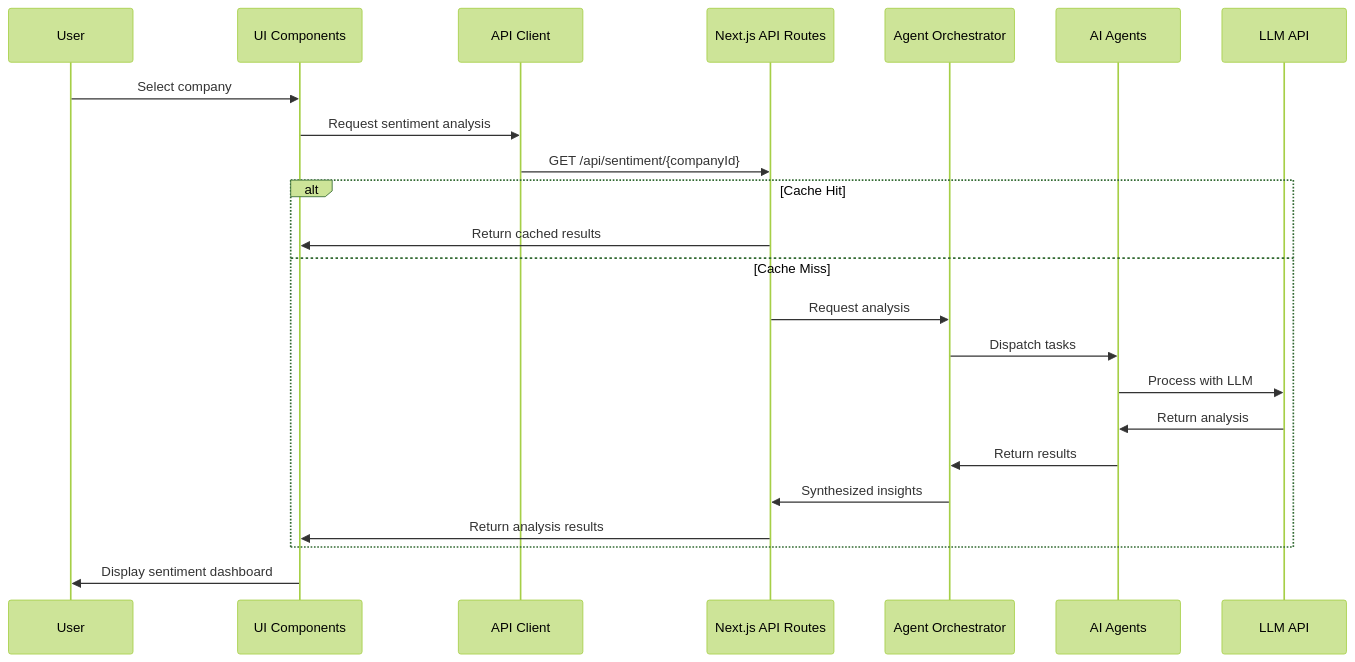
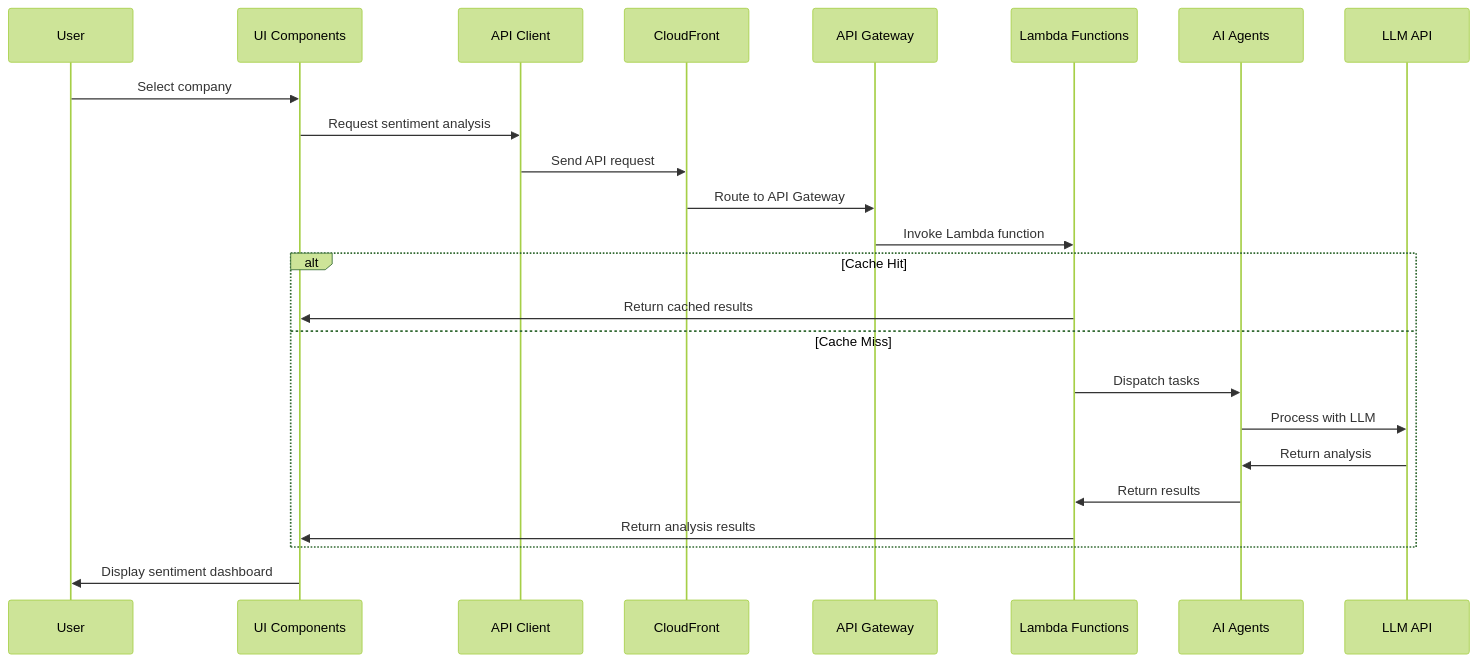
One commit to liamzdenek/hiive-application changed the second of 4 diagrams in memory-bank/systemPatterns.md. Above: the diagram before and after it, drawn with Mermaid (forest theme). The commit also changed other lines of this file and 5 other files, not shown here.

````diff
--- a/memory-bank/systemPatterns.md
+++ b/memory-bank/systemPatterns.md
@@ -158,28 +197,29 @@
 ```mermaid
 sequenceDiagram
     participant User
     participant UI as UI Components
     participant API as API Client
-    participant APIRoutes as Next.js API Routes
-    participant Orchestrator as Agent Orchestrator
+    participant CloudFront as CloudFront
+    participant APIGateway as API Gateway
+    participant Lambda as Lambda Functions
     participant Agents as AI Agents
     participant LLM as LLM API
     
     User->>UI: Select company
     UI->>API: Request sentiment analysis
-    API->>APIRoutes: GET /api/sentiment/{companyId}
+    API->>CloudFront: Send API request
+    CloudFront->>APIGateway: Route to API Gateway
+    APIGateway->>Lambda: Invoke Lambda function
     
     alt Cache Hit
-        APIRoutes->>UI: Return cached results
+        Lambda->>UI: Return cached results
     else Cache Miss
-        APIRoutes->>Orchestrator: Request analysis
-        Orchestrator->>Agents: Dispatch tasks
+        Lambda->>Agents: Dispatch tasks
         Agents->>LLM: Process with LLM
         LLM->>Agents: Return analysis
-        Agents->>Orchestrator: Return results
-        Orchestrator->>APIRoutes: Synthesized insights
-        APIRoutes->>UI: Return analysis results
+        Agents->>Lambda: Return results
+        Lambda->>UI: Return analysis results
     end
     
     UI->>User: Display sentiment dashboard
 ```
````
